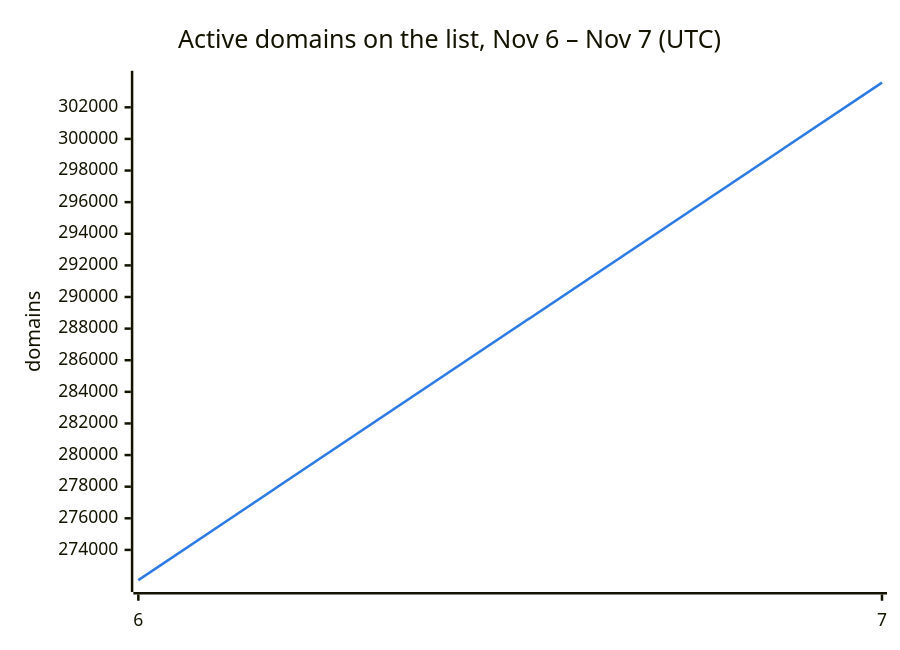
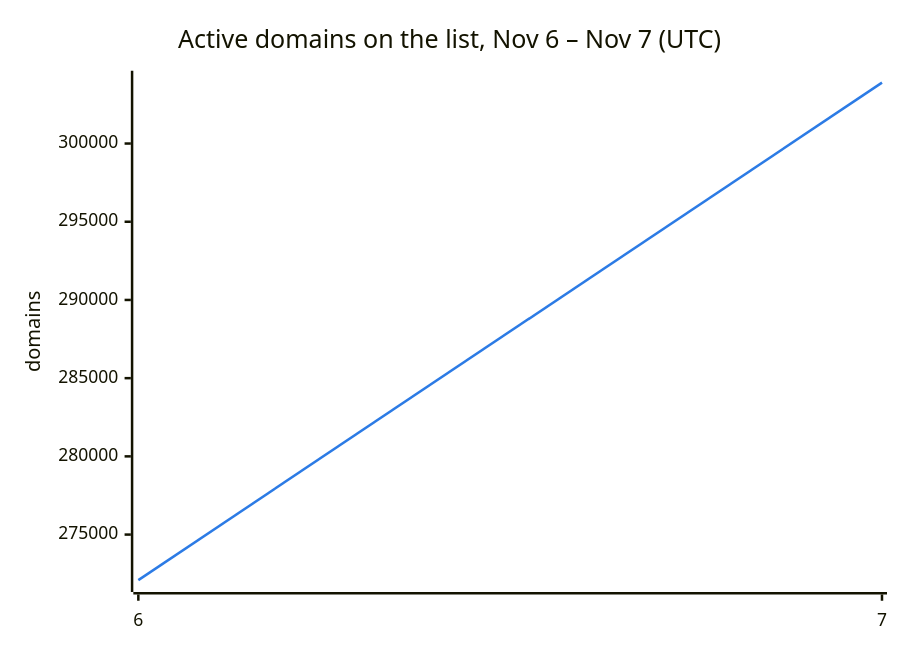
The second of 3 diagrams in README.md (DNSBunker/CTI), drawn with Mermaid before and after one commit. The commit also changed other lines of this file and 3 other files, not shown here.

````diff
--- a/README.md
+++ b/README.md
@@ -38,8 +38,8 @@
 ```mermaid
 %%{init: {"themeVariables": {"xyChart": {"plotColorPalette": "#2c7be5"}}}}%%
 xychart-beta
     title "Active domains on the list, Nov 6 – Nov 7 (UTC)"
     x-axis ["6", "7"]
     y-axis "domains"
-    line [272088, 303562]
+    line [272088, 303894]
 ```
````
